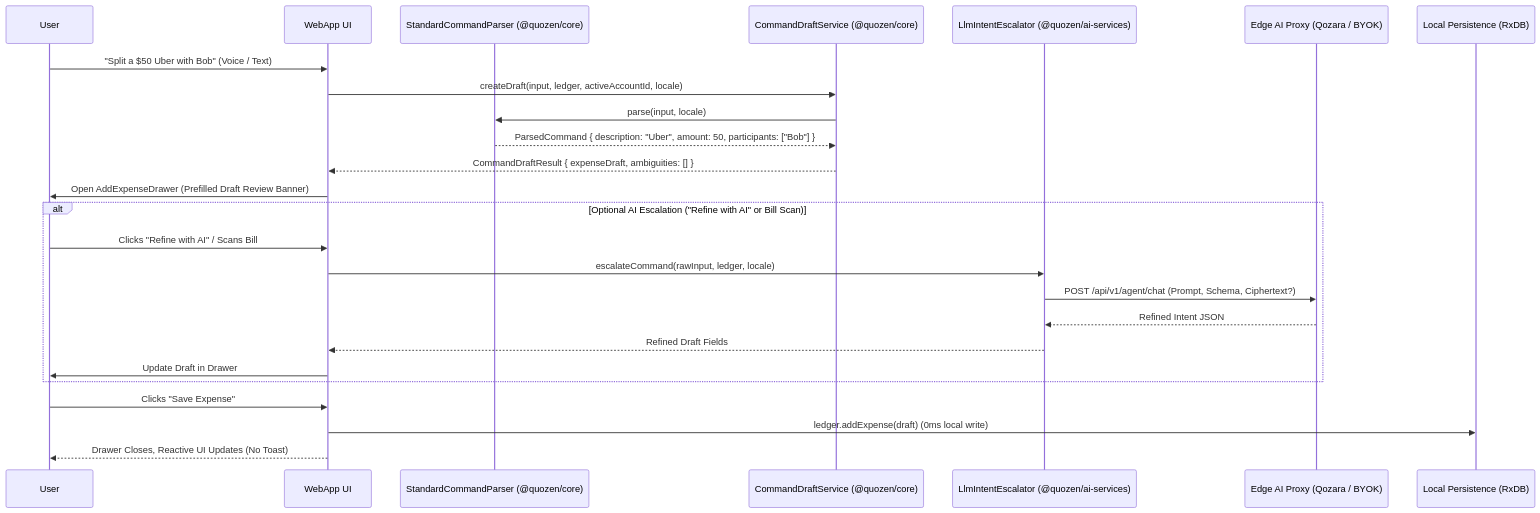
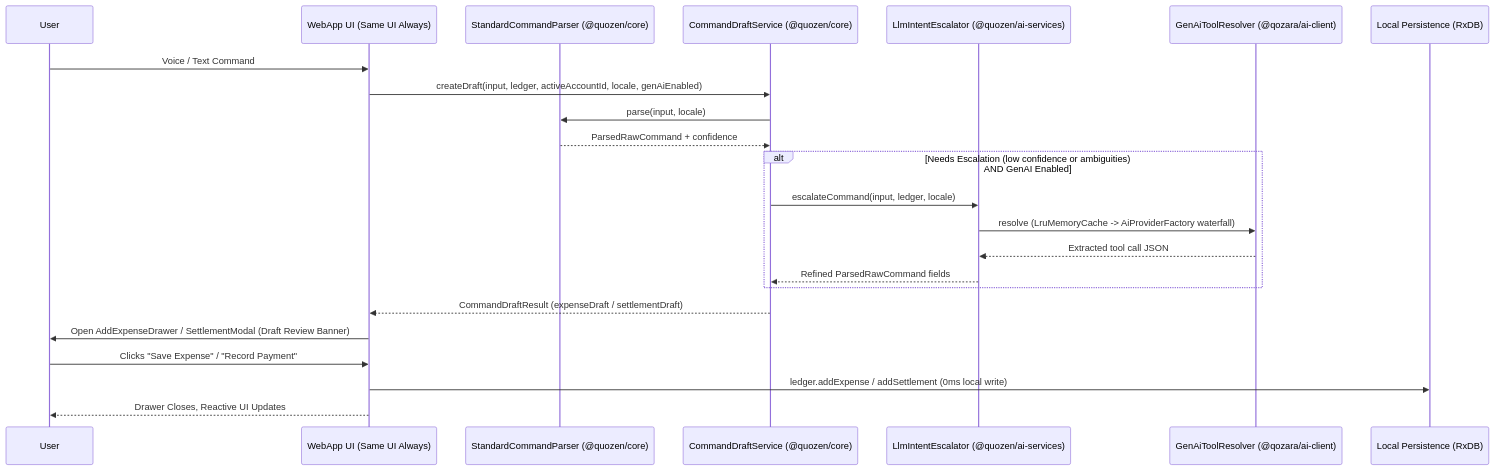
Before and after one commit to qozara/Quozen: the diagram in docs/architecture/agentic-ui-workflow.md, drawn with Mermaid. The commit also changed other lines of this file and 50 other files, not shown here.

Commit message:
refactor(ai): adopt @qozara/ai-client 1.1.0, remove legacy core agent, and make GenAI escalation transparent (#82)

````diff
--- a/docs/architecture/agentic-ui-workflow.md
+++ b/docs/architecture/agentic-ui-workflow.md
@@ -13,35 +13,32 @@
 ```mermaid
 sequenceDiagram
     participant User
-    participant App as WebApp UI
+    participant App as WebApp UI (Same UI Always)
     participant Parser as StandardCommandParser (@quozen/core)
     participant Draft as CommandDraftService (@quozen/core)
     participant Escalator as LlmIntentEscalator (@quozen/ai-services)
-    participant Proxy as Edge AI Proxy (Qozara / BYOK)
+    participant Client as GenAiToolResolver (@qozara/ai-client)
     participant RxDB as Local Persistence (RxDB)
 
-    User->>App: "Split a $50 Uber with Bob" (Voice / Text)
+    User->>App: Voice / Text Command
     
-    %% Deterministic Parse Phase (< 1ms, Offline)
-    App->>Draft: createDraft(input, ledger, activeAccountId, locale)
+    %% Tier 1: Symbolic AI (< 1ms, Offline)
+    App->>Draft: createDraft(input, ledger, activeAccountId, locale, genAiEnabled)
     Draft->>Parser: parse(input, locale)
-    Parser-->>Draft: ParsedCommand { description: "Uber", amount: 50, participants: ["Bob"] }
-    Draft-->>App: CommandDraftResult { expenseDraft, ambiguities: [] }
+    Parser-->>Draft: ParsedRawCommand + confidence
     
-    %% Draft Review Phase (Human-in-the-Loop)
-    App->>User: Open AddExpenseDrawer (Prefilled Draft Review Banner)
+    alt Needs Escalation (low confidence or ambiguities) AND GenAI Enabled
+        Draft->>Escalator: escalateCommand(input, ledger, locale)
+        Escalator->>Client: resolve (LruMemoryCache -> AiProviderFactory waterfall)
+        Client-->>Escalator: Extracted tool call JSON
+        Escalator-->>Draft: Refined ParsedRawCommand fields
+    end
     
-    alt Optional AI Escalation ("Refine with AI" or Bill Scan)
-        User->>App: Clicks "Refine with AI" / Scans Bill
-        App->>Escalator: escalateCommand(rawInput, ledger, locale)
-        Escalator->>Proxy: POST /api/v1/agent/chat (Prompt, Schema, Ciphertext?)
-        Proxy-->>Escalator: Refined Intent JSON
-        Escalator-->>App: Refined Draft Fields
-        App->>User: Update Draft in Drawer
-    end
+    Draft-->>App: CommandDraftResult (expenseDraft / settlementDraft)
+    App->>User: Open AddExpenseDrawer / SettlementModal (Draft Review Banner)
 
     %% Explicit Human Confirmation
-    User->>App: Clicks "Save Expense"
-    App->>RxDB: ledger.addExpense(draft) (0ms local write)
-    App-->>User: Drawer Closes, Reactive UI Updates (No Toast)
+    User->>App: Clicks "Save Expense" / "Record Payment"
+    App->>RxDB: ledger.addExpense / addSettlement (0ms local write)
+    App-->>User: Drawer Closes, Reactive UI Updates
 ```
````
